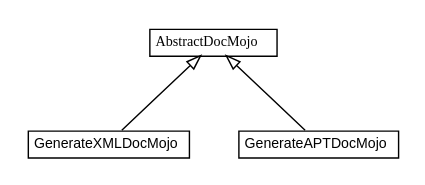
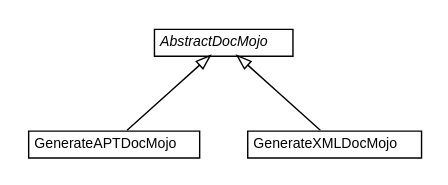
The diagram in snapshot/bw-maven-plugin/apidocs/fr/fastconnect/factory/tibco/bw/maven/doc/fr.fastconnect.factory.tibco.bw.maven.doc.dot (fastconnect/tibco-factory), drawn with Graphviz before and after one commit. The commit also changed 380 other files, not shown here.

```diff
--- a/snapshot/bw-maven-plugin/apidocs/fr/fastconnect/factory/tibco/bw/maven/doc/fr.fastconnect.factory.tibco.bw.maven.doc.dot
+++ b/snapshot/bw-maven-plugin/apidocs/fr/fastconnect/factory/tibco/bw/maven/doc/fr.fastconnect.factory.tibco.bw.maven.doc.dot
@@ -1,34 +1,34 @@
 #!/usr/local/bin/dot
 #
 # Class diagram 
 # Generated by UMLGraph version R5_6-24-gf6e263 (http://www.umlgraph.org/)
 #
 
 digraph G {
-	edge [fontname="arial",fontsize=10,labelfontname="arial",labelfontsize=10];
-	node [fontname="arial",fontsize=10,shape=plaintext];
+	edge [fontname="Helvetica",fontsize=10,labelfontname="Helvetica",labelfontsize=10];
+	node [fontname="Helvetica",fontsize=10,shape=plaintext];
 	nodesep=0.25;
 	ranksep=0.5;
+	// fr.fastconnect.factory.tibco.bw.maven.doc.GenerateAPTDocMojo
+	c77 [label=<<table title="fr.fastconnect.factory.tibco.bw.maven.doc.GenerateAPTDocMojo" border="0" cellborder="1" cellspacing="0" cellpadding="2" port="p" href="./GenerateAPTDocMojo.html">
+		<tr><td><table border="0" cellspacing="0" cellpadding="1">
+<tr><td align="center" balign="center"> GenerateAPTDocMojo </td></tr>
+		</table></td></tr>
+		</table>>, URL="./GenerateAPTDocMojo.html", fontname="Helvetica", fontcolor="black", fontsize=10.0];
+	// fr.fastconnect.factory.tibco.bw.maven.doc.AbstractDocMojo
+	c78 [label=<<table title="fr.fastconnect.factory.tibco.bw.maven.doc.AbstractDocMojo" border="0" cellborder="1" cellspacing="0" cellpadding="2" port="p" href="./AbstractDocMojo.html">
+		<tr><td><table border="0" cellspacing="0" cellpadding="1">
+<tr><td align="center" balign="center"><font face="Helvetica-Oblique"> AbstractDocMojo </font></td></tr>
+		</table></td></tr>
+		</table>>, URL="./AbstractDocMojo.html", fontname="Helvetica", fontcolor="black", fontsize=10.0];
 	// fr.fastconnect.factory.tibco.bw.maven.doc.GenerateXMLDocMojo
-	c323 [label=<<table title="fr.fastconnect.factory.tibco.bw.maven.doc.GenerateXMLDocMojo" border="0" cellborder="1" cellspacing="0" cellpadding="2" port="p" href="./GenerateXMLDocMojo.html">
+	c79 [label=<<table title="fr.fastconnect.factory.tibco.bw.maven.doc.GenerateXMLDocMojo" border="0" cellborder="1" cellspacing="0" cellpadding="2" port="p" href="./GenerateXMLDocMojo.html">
 		<tr><td><table border="0" cellspacing="0" cellpadding="1">
 <tr><td align="center" balign="center"> GenerateXMLDocMojo </td></tr>
 		</table></td></tr>
-		</table>>, URL="./GenerateXMLDocMojo.html", fontname="arial", fontcolor="black", fontsize=10.0];
-	// fr.fastconnect.factory.tibco.bw.maven.doc.GenerateAPTDocMojo
-	c324 [label=<<table title="fr.fastconnect.factory.tibco.bw.maven.doc.GenerateAPTDocMojo" border="0" cellborder="1" cellspacing="0" cellpadding="2" port="p" href="./GenerateAPTDocMojo.html">
-		<tr><td><table border="0" cellspacing="0" cellpadding="1">
-<tr><td align="center" balign="center"> GenerateAPTDocMojo </td></tr>
-		</table></td></tr>
-		</table>>, URL="./GenerateAPTDocMojo.html", fontname="arial", fontcolor="black", fontsize=10.0];
-	// fr.fastconnect.factory.tibco.bw.maven.doc.AbstractDocMojo
-	c325 [label=<<table title="fr.fastconnect.factory.tibco.bw.maven.doc.AbstractDocMojo" border="0" cellborder="1" cellspacing="0" cellpadding="2" port="p" href="./AbstractDocMojo.html">
-		<tr><td><table border="0" cellspacing="0" cellpadding="1">
-<tr><td align="center" balign="center"><font face="arial italic"> AbstractDocMojo </font></td></tr>
-		</table></td></tr>
-		</table>>, URL="./AbstractDocMojo.html", fontname="arial", fontcolor="black", fontsize=10.0];
+		</table>>, URL="./GenerateXMLDocMojo.html", fontname="Helvetica", fontcolor="black", fontsize=10.0];
+	//fr.fastconnect.factory.tibco.bw.maven.doc.GenerateAPTDocMojo extends fr.fastconnect.factory.tibco.bw.maven.doc.AbstractDocMojo
+	c78:p -> c77:p [dir=back,arrowtail=empty];
 	//fr.fastconnect.factory.tibco.bw.maven.doc.GenerateXMLDocMojo extends fr.fastconnect.factory.tibco.bw.maven.doc.AbstractDocMojo
-	c325:p -> c323:p [dir=back,arrowtail=empty];
-	//fr.fastconnect.factory.tibco.bw.maven.doc.GenerateAPTDocMojo extends fr.fastconnect.factory.tibco.bw.maven.doc.AbstractDocMojo
-	c325:p -> c324:p [dir=back,arrowtail=empty];
+	c78:p -> c79:p [dir=back,arrowtail=empty];
 }
```
